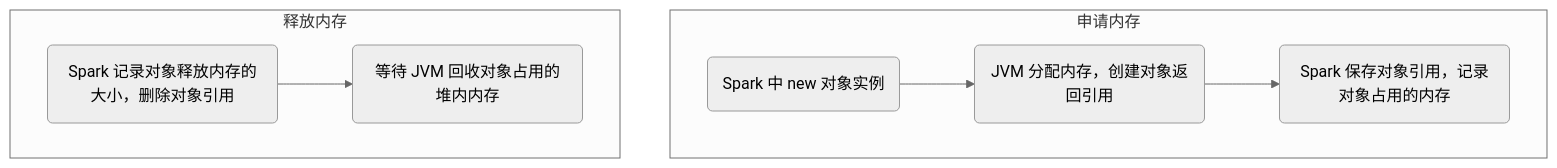
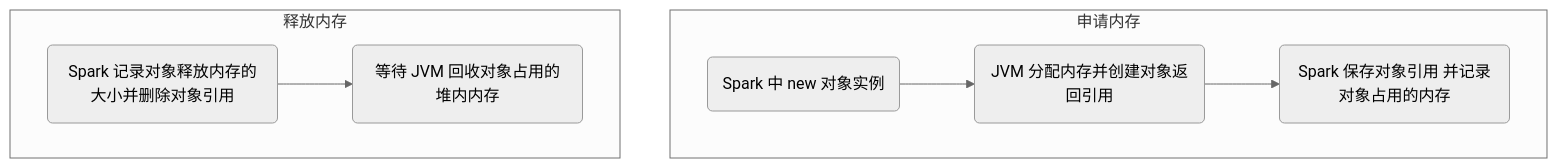
One commit to mzl9039/mzl9039.github.io changed the diagram in _posts/2018-5-10-spark-源码分析-MemoryManager内存管理.md. Above: the diagram before and after it, drawn with Mermaid (neutral theme). The commit also changed other lines of this file, not shown here.

Commit message:
test mermaid graph

```diff
--- a/_posts/2018-5-10-spark-源码分析-MemoryManager内存管理.md
+++ b/_posts/2018-5-10-spark-源码分析-MemoryManager内存管理.md
@@ -88,10 +88,10 @@
 <div class="mermaid">
 graph TB
     subgraph 申请内存
-    a1(Spark 中 new 对象实例)-->a2(JVM 分配内存，创建对象返回引用)
-    a2-->a3(Spark 保存对象引用，记录对象占用的内存)
+    a1(Spark 中 new 对象实例)-->a2(JVM 分配内存并创建对象返回引用)
+    a2-->a3(Spark 保存对象引用 并记录对象占用的内存)
     end
     subgraph 释放内存
-    b1(Spark 记录对象释放内存的大小，删除对象引用)-->b2(等待 JVM 回收对象占用的堆内内存)
+    b1(Spark 记录对象释放内存的大小并删除对象引用)-->b2(等待 JVM 回收对象占用的堆内内存)
     end
 </div>
```
